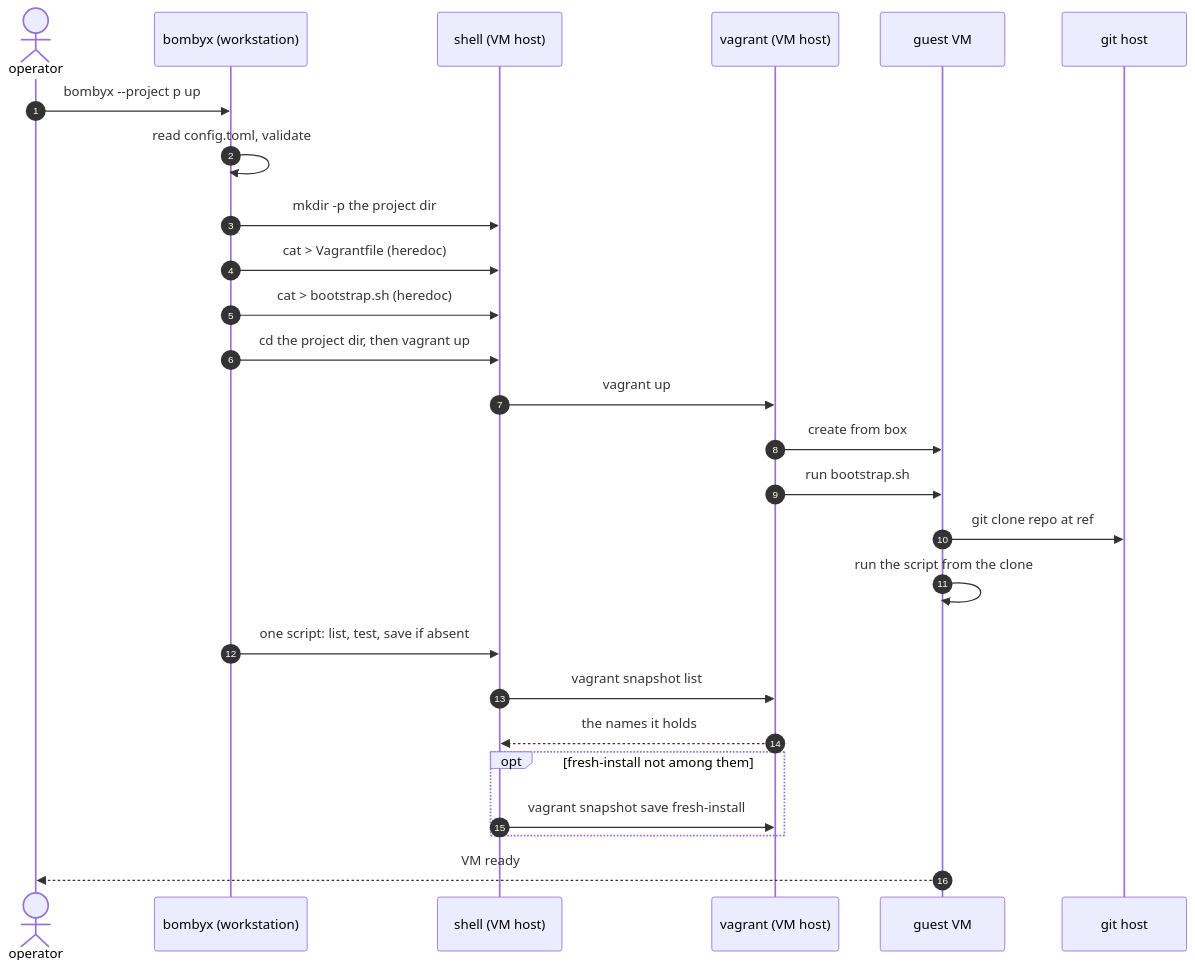
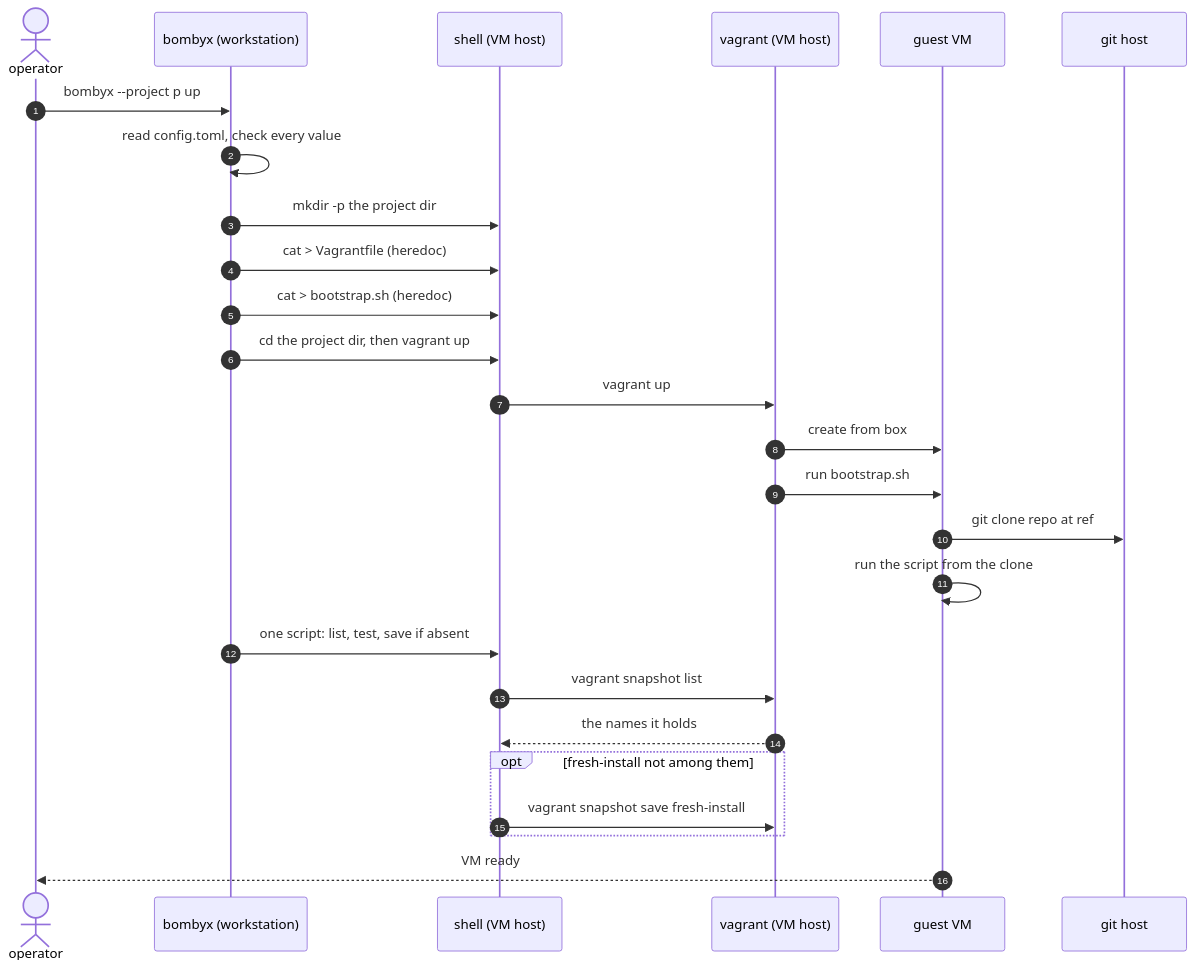
The fifth of 6 diagrams in docs/architecture.md (breki/bombyx), drawn with Mermaid before and after one commit. The commit also changed other lines of this file and 13 other files, not shown here.

````diff
--- a/docs/architecture.md
+++ b/docs/architecture.md
@@ -338,29 +350,29 @@
 ```mermaid
 sequenceDiagram
   autonumber
   actor op as operator
   participant cli as bombyx (workstation)
   participant host as shell (VM host)
   participant vg as vagrant (VM host)
   participant guest as guest VM
   participant git as git host
 
   op->>cli: bombyx --project p up
-  cli->>cli: read config.toml, validate
+  cli->>cli: read config.toml, check every value
   cli->>host: mkdir -p the project dir
   cli->>host: cat > Vagrantfile (heredoc)
   cli->>host: cat > bootstrap.sh (heredoc)
   cli->>host: cd the project dir, then vagrant up
   host->>vg: vagrant up
   vg->>guest: create from box
   vg->>guest: run bootstrap.sh
   guest->>git: git clone repo at ref
   guest->>guest: run the script from the clone
   cli->>host: one script: list, test, save if absent
   host->>vg: vagrant snapshot list
   vg-->>host: the names it holds
   opt fresh-install not among them
     host->>vg: vagrant snapshot save fresh-install
   end
   guest-->>op: VM ready
 ```
````
